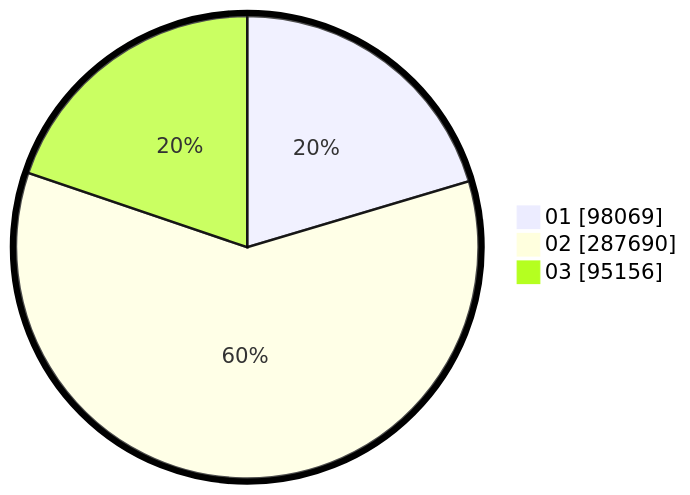
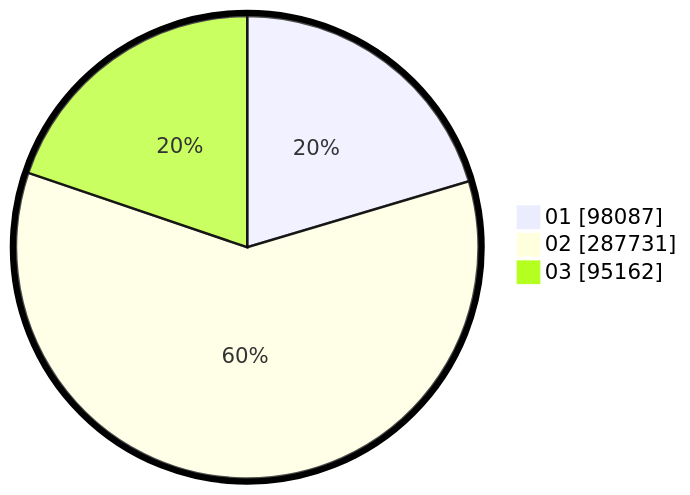
Before and after one commit to gigit-pemilu/pemilu-2024: the second of 2 diagrams in pilpres/hitung-suara/sub/table-wilayah-99.md, drawn with Mermaid. The commit also changed other lines of this file and 5 other files, not shown here.

````diff
--- a/pilpres/hitung-suara/sub/table-wilayah-99.md
+++ b/pilpres/hitung-suara/sub/table-wilayah-99.md
@@ -15,7 +15,7 @@
 ```mermaid
 %%{init: {"pie": {"textPosition": 0.5}, "themeVariables": {"pieOuterStrokeWidth": "5px"}} }%%
 pie showData
-    "01" : 98069
-    "02" : 287690
-    "03" : 95156
+    "01" : 98087
+    "02" : 287731
+    "03" : 95162
 ```
````
